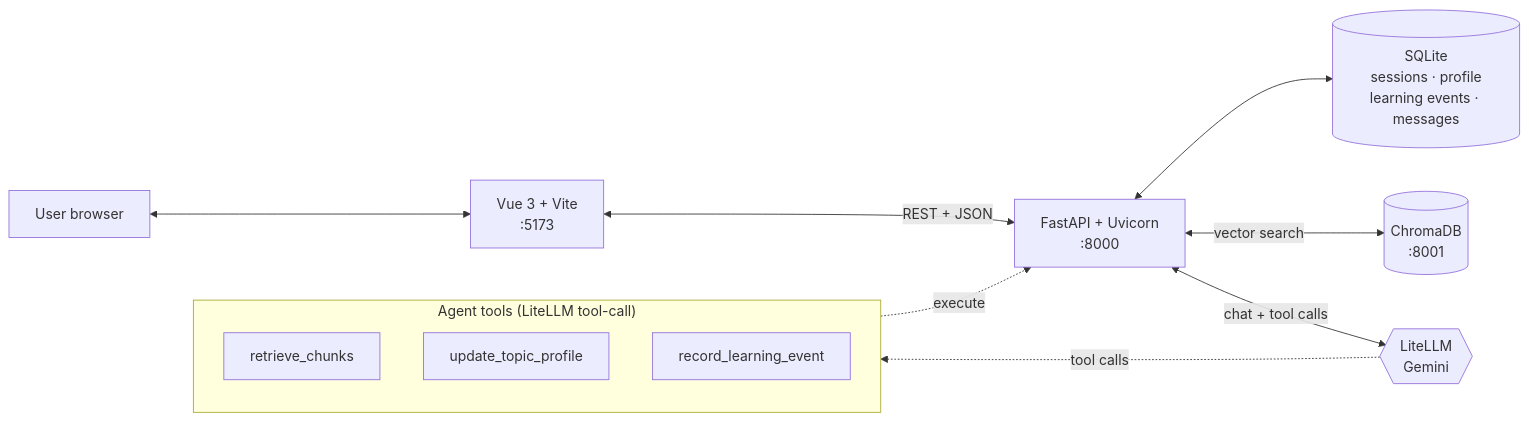
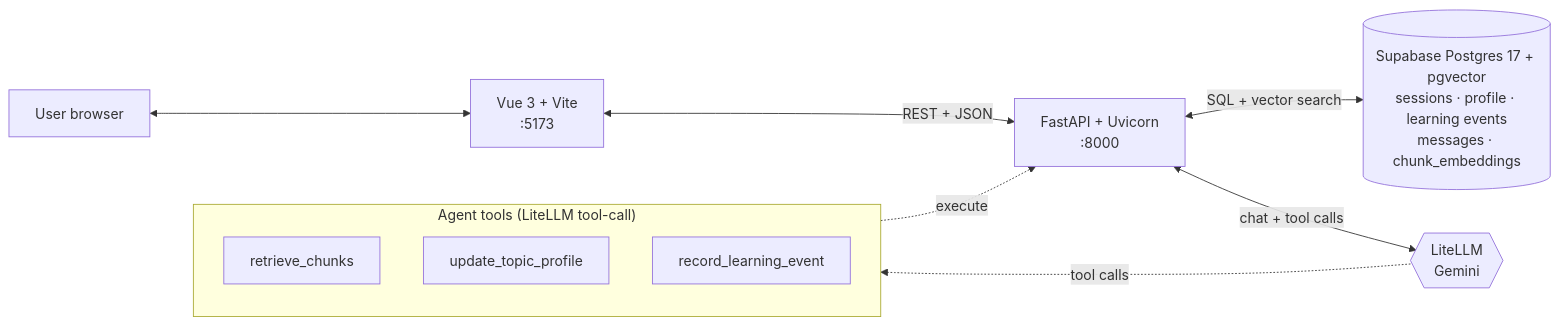
One commit to calmxz/Project_Apt changed the diagram in README.md. Above: the diagram before and after it, drawn with Mermaid. The commit also changed other lines of this file and 12 other files, not shown here.

Commit message:
feat: wire Supabase Auth and pgvector for database migrations (#48)

````diff
--- a/README.md
+++ b/README.md
@@ -88,23 +88,21 @@
 ```mermaid
 flowchart LR
     User[User browser]
     FE[Vue 3 + Vite<br/>:5173]
     BE[FastAPI + Uvicorn<br/>:8000]
-    DB[(SQLite<br/>sessions · profile<br/>learning events · messages)]
-    Chroma[(ChromaDB<br/>:8001)]
+    DB[(Supabase Postgres 17 + pgvector<br/>sessions · profile · learning events<br/>messages · chunk_embeddings)]
     LLM{{LiteLLM<br/>Gemini}}
 
     User <--> FE
     FE <-->|REST + JSON| BE
-    BE <--> DB
-    BE <-->|vector search| Chroma
+    BE <-->|SQL + vector search| DB
     BE <-->|chat + tool calls| LLM
 
     subgraph Tools["Agent tools (LiteLLM tool-call)"]
       T1[retrieve_chunks]
       T2[update_topic_profile]
       T3[record_learning_event]
     end
     LLM -.->|tool calls| Tools
     Tools -.->|execute| BE
 ```
````
